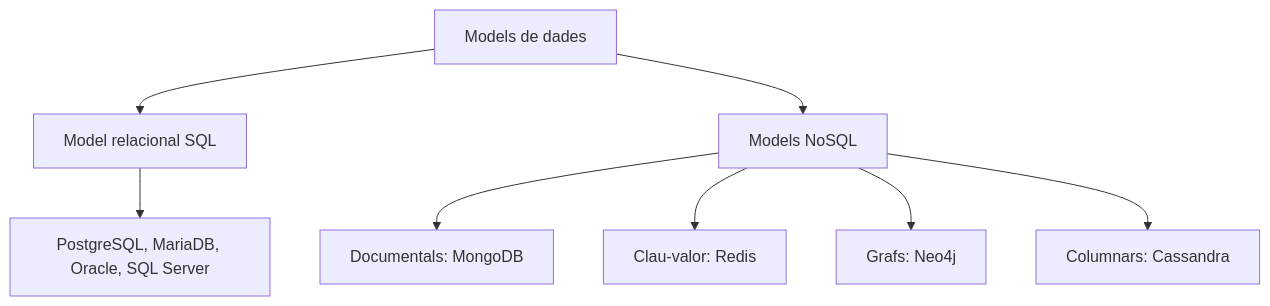
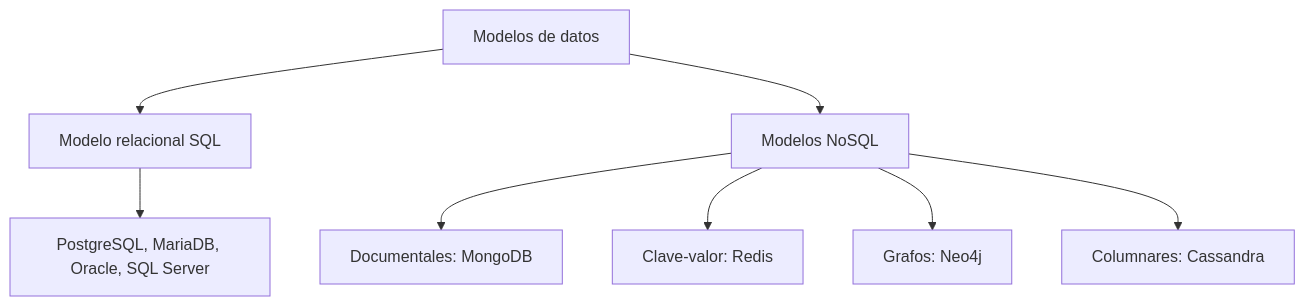
One commit to LorenaLResusta/BBDD changed the first of 3 diagrams in content.es/ud01-introduccion/ud01-teoria.md. Above: the diagram before and after it, drawn with Mermaid. The commit also changed other lines of this file and 80 other files, not shown here.

````diff
--- a/content.es/ud01-introduccion/ud01-teoria.md
+++ b/content.es/ud01-introduccion/ud01-teoria.md
@@ -570,12 +602,12 @@
 ```mermaid
 graph TD
-    MD[Models de dades] --> Rel[Model relacional SQL]
-    MD --> NoSQL[Models NoSQL]
+    MD[Modelos de datos] --> Rel[Modelo relacional SQL]
+    MD --> NoSQL[Modelos NoSQL]
 
     Rel --> Rel_Ex[PostgreSQL, MariaDB, Oracle, SQL Server]
 
-    NoSQL --> Doc[Documentals: MongoDB]
-    NoSQL --> KV[Clau-valor: Redis]
-    NoSQL --> Graph[Grafs: Neo4j]
-    NoSQL --> Col[Columnars: Cassandra]
+    NoSQL --> Doc[Documentales: MongoDB]
+    NoSQL --> KV[Clave-valor: Redis]
+    NoSQL --> Graph[Grafos: Neo4j]
+    NoSQL --> Col[Columnares: Cassandra]
 ```
````
